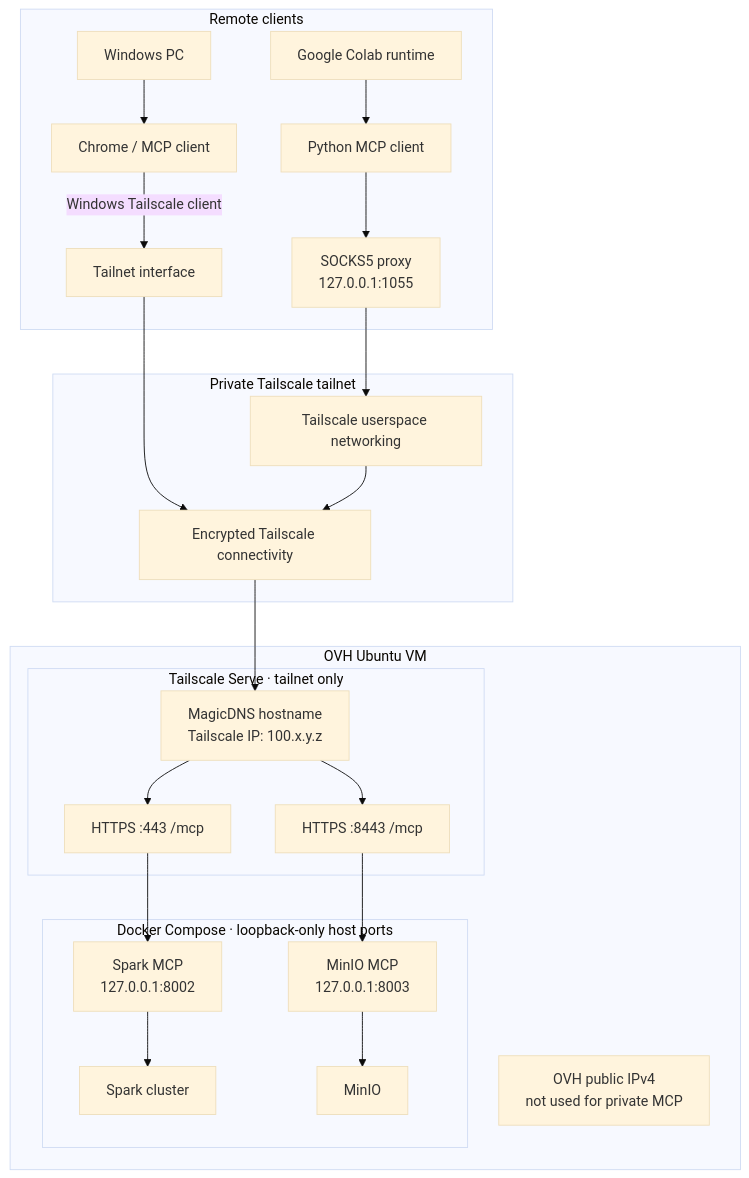
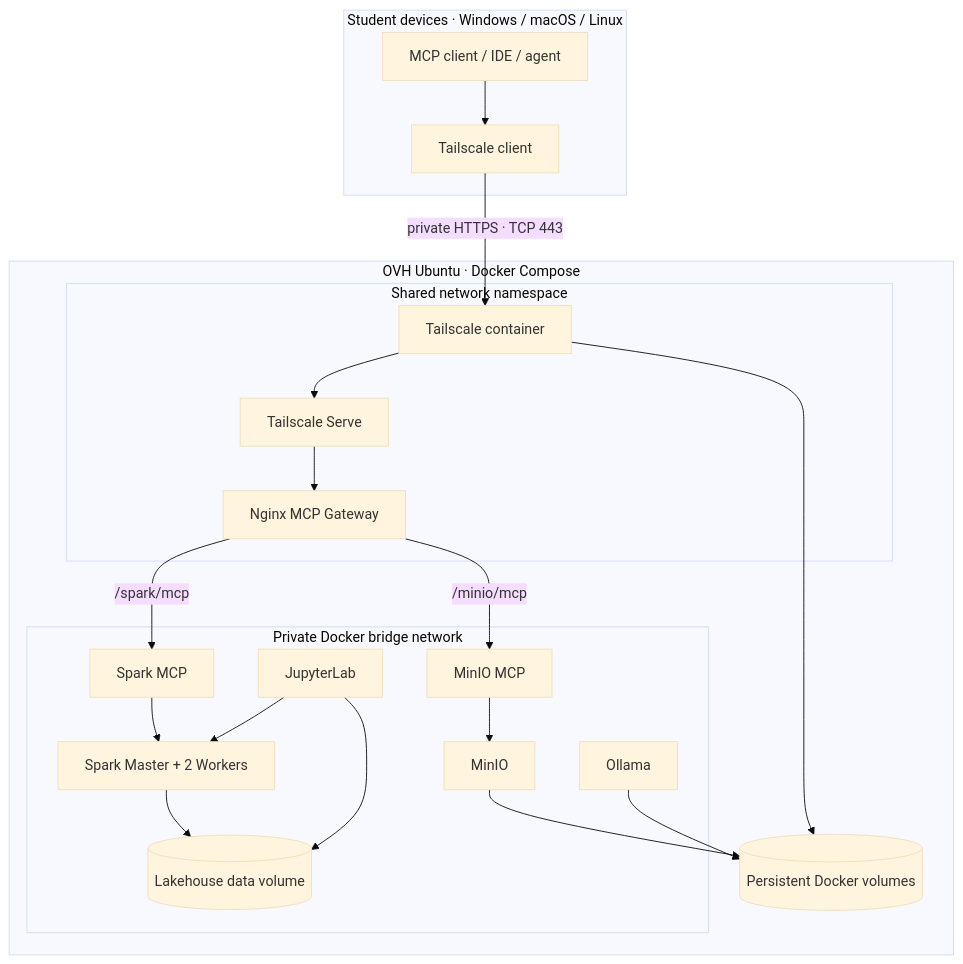
Before and after one commit to msellamiTN/spark-lakehouse-agent: the diagram in README.md, drawn with Mermaid (base theme). The commit also changed other lines of this file, not shown here.

Commit message:
Document Docker Compose plus Tailscale Serve as the default deployment

````diff
--- a/README.md
+++ b/README.md
@@ -457,35 +25,32 @@
 ```mermaid
 flowchart TB
-  subgraph CLIENTS["Remote clients"]
-    WIN["Windows PC"]
-    CHROME["Chrome / MCP client"]
-    COLAB["Google Colab runtime"]
-    PY["Python MCP client"]
-    SOCKS["SOCKS5 proxy<br/>127.0.0.1:1055"]
-    WIN --> CHROME
-    CHROME -->|"Windows Tailscale client"| TAILWIN["Tailnet interface"]
-    COLAB --> PY
-    PY --> SOCKS
+  subgraph STUDENTS["Student devices · Windows / macOS / Linux"]
+    CLIENT["MCP client / IDE / agent"]
+    TSCLIENT["Tailscale client"]
+    CLIENT --> TSCLIENT
   end
-
-  subgraph TAILNET["Private Tailscale tailnet"]
-    TAILWIN --> WG["Encrypted Tailscale connectivity"]
-    SOCKS --> USERSPACE["Tailscale userspace networking"]
-    USERSPACE --> WG
-  end
-
-  subgraph OVH["OVH Ubuntu VM"]
-    WG --> DNS["MagicDNS hostname<br/>Tailscale IP: 100.x.y.z"]
-    subgraph SERVE["Tailscale Serve · tailnet only"]
-      DNS --> H443["HTTPS :443 /mcp"]
-      DNS --> H8443["HTTPS :8443 /mcp"]
+  TSCLIENT -->|"private HTTPS · TCP 443"| TS
+  subgraph OVH["OVH Ubuntu · Docker Compose"]
+    subgraph NETNS["Shared network namespace"]
+      TS["Tailscale container"]
+      SERVE["Tailscale Serve"]
+      GW["Nginx MCP Gateway"]
+      TS --> SERVE --> GW
     end
-    subgraph DOCKER["Docker Compose · loopback-only host ports"]
-      H443 --> S["Spark MCP<br/>127.0.0.1:8002"]
-      H8443 --> M["MinIO MCP<br/>127.0.0.1:8003"]
-      S --> SPARK["Spark cluster"]
-      M --> MINIO["MinIO"]
+    subgraph DOCKER["Private Docker bridge network"]
+      GW -->|"/spark/mcp"| SMCP["Spark MCP"]
+      GW -->|"/minio/mcp"| MMCP["MinIO MCP"]
+      SMCP --> MASTER["Spark Master + 2 Workers"]
+      JUPYTER["JupyterLab"] --> MASTER
+      MMCP --> MINIO["MinIO"]
+      OLLAMA["Ollama"]
+      LAKE[("Lakehouse data volume")]
+      MASTER --> LAKE
+      JUPYTER --> LAKE
     end
-    PUBLIC["OVH public IPv4<br/>not used for private MCP"]
+    VOLUMES[("Persistent Docker volumes")]
+    TS --> VOLUMES
+    MINIO --> VOLUMES
+    OLLAMA --> VOLUMES
   end
 ```
````
